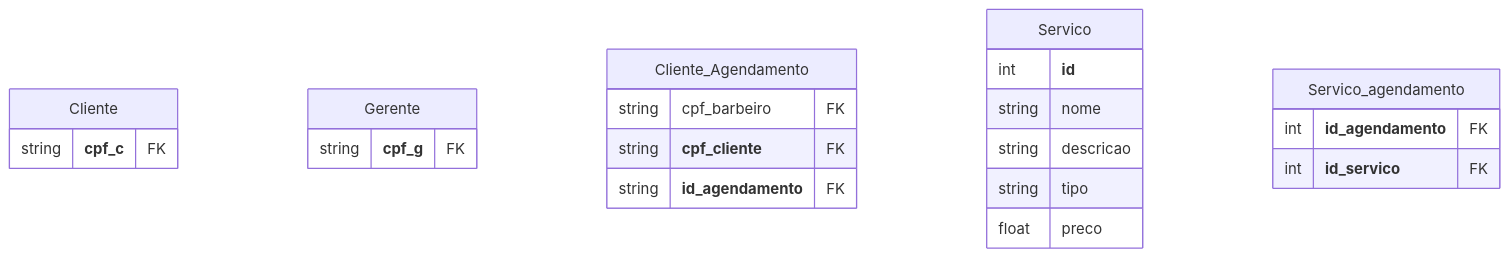
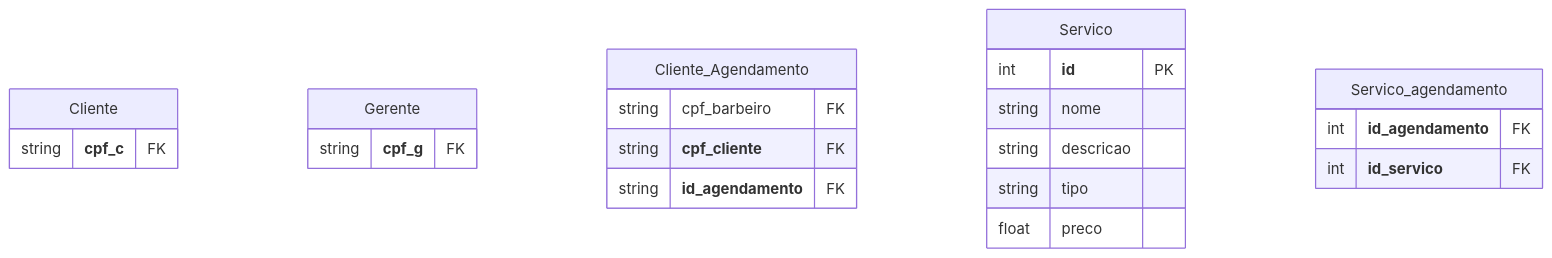
One commit to CarlosG18/sys_barbershop changed the second of 2 diagrams in topicos/modelagem_bd/modelagem_bd.md. Above: the diagram before and after it, drawn with Mermaid.

Commit message:
colocando PK na tabela do servico

````diff
--- a/topicos/modelagem_bd/modelagem_bd.md
+++ b/topicos/modelagem_bd/modelagem_bd.md
@@ -106,31 +106,31 @@
 ```mermaid
 erDiagram
     
     Cliente {
         string __cpf_c__ FK
     }
 
     Gerente {
         string __cpf_g__ FK
     }
 
     Cliente_Agendamento{
         string cpf_barbeiro FK
         string __cpf_cliente__ FK 
         string __id_agendamento__ FK  
     }
 
 
     Servico{
-        int __id__
+        int __id__ PK
         string nome 
         string descricao
         string tipo
         float preco
     }
 
     Servico_agendamento{
         int __id_agendamento__ FK
         int __id_servico__ FK
     }
 ```
````
